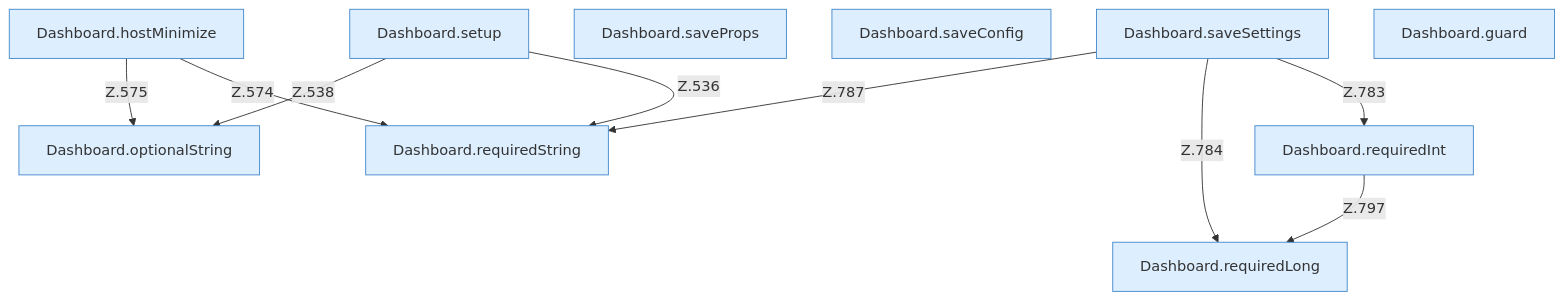
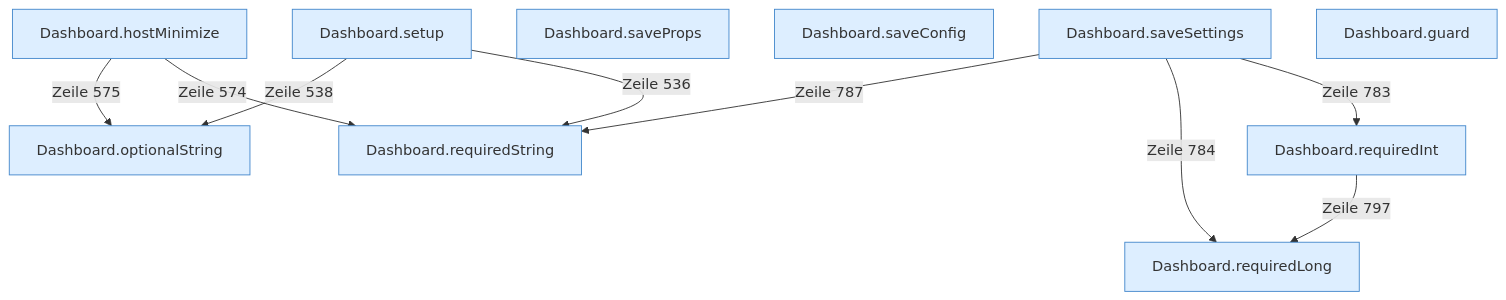
The diagram in API-Setup.md (PrinceDiamant/minecraft-serverhoster-plugin), drawn with Mermaid before and after one commit. The commit also changed other lines of this file and 2005 other files, not shown here.

````diff
--- a/API-Setup.md
+++ b/API-Setup.md
@@ -5,23 +5,23 @@
 ```mermaid
 flowchart TD
   n1["Dashboard.setup"]:::internal-link
   n2["Dashboard.hostMinimize"]:::internal-link
   n3["Dashboard.requiredString"]:::internal-link
   n4["Dashboard.optionalString"]:::internal-link
   n5["Dashboard.saveProps"]:::internal-link
   n6["Dashboard.saveConfig"]:::internal-link
   n7["Dashboard.saveSettings"]:::internal-link
   n8["Dashboard.requiredInt"]:::internal-link
   n9["Dashboard.requiredLong"]:::internal-link
   n10["Dashboard.guard"]:::internal-link
-  n1 -->|"Z.536"| n3
-  n1 -->|"Z.538"| n4
-  n2 -->|"Z.574"| n3
-  n2 -->|"Z.575"| n4
-  n7 -->|"Z.783"| n8
-  n7 -->|"Z.784"| n9
-  n7 -->|"Z.787"| n3
-  n8 -->|"Z.797"| n9
+  n1 -->|"Zeile 536"| n3
+  n1 -->|"Zeile 538"| n4
+  n2 -->|"Zeile 574"| n3
+  n2 -->|"Zeile 575"| n4
+  n7 -->|"Zeile 783"| n8
+  n7 -->|"Zeile 784"| n9
+  n7 -->|"Zeile 787"| n3
+  n8 -->|"Zeile 797"| n9
   classDef internal-link fill:#ddeeff,stroke:#4488cc
   classDef befund fill:#f88
 ```
````
